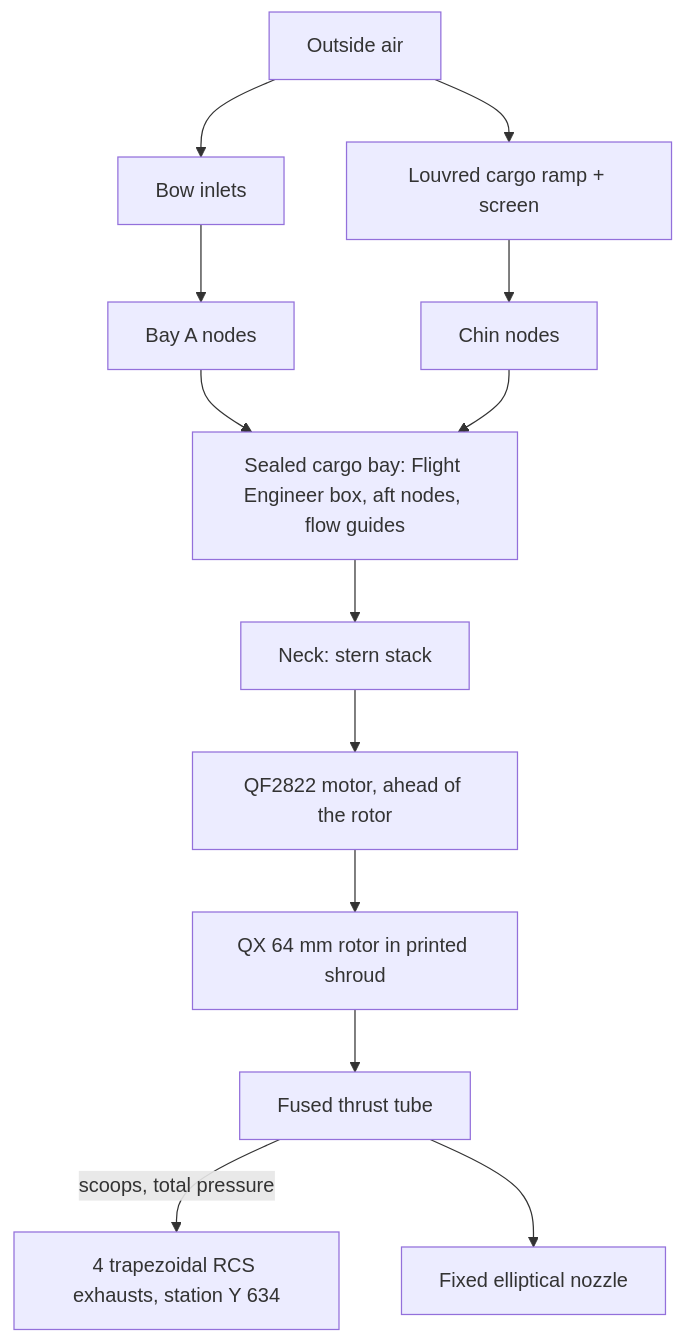
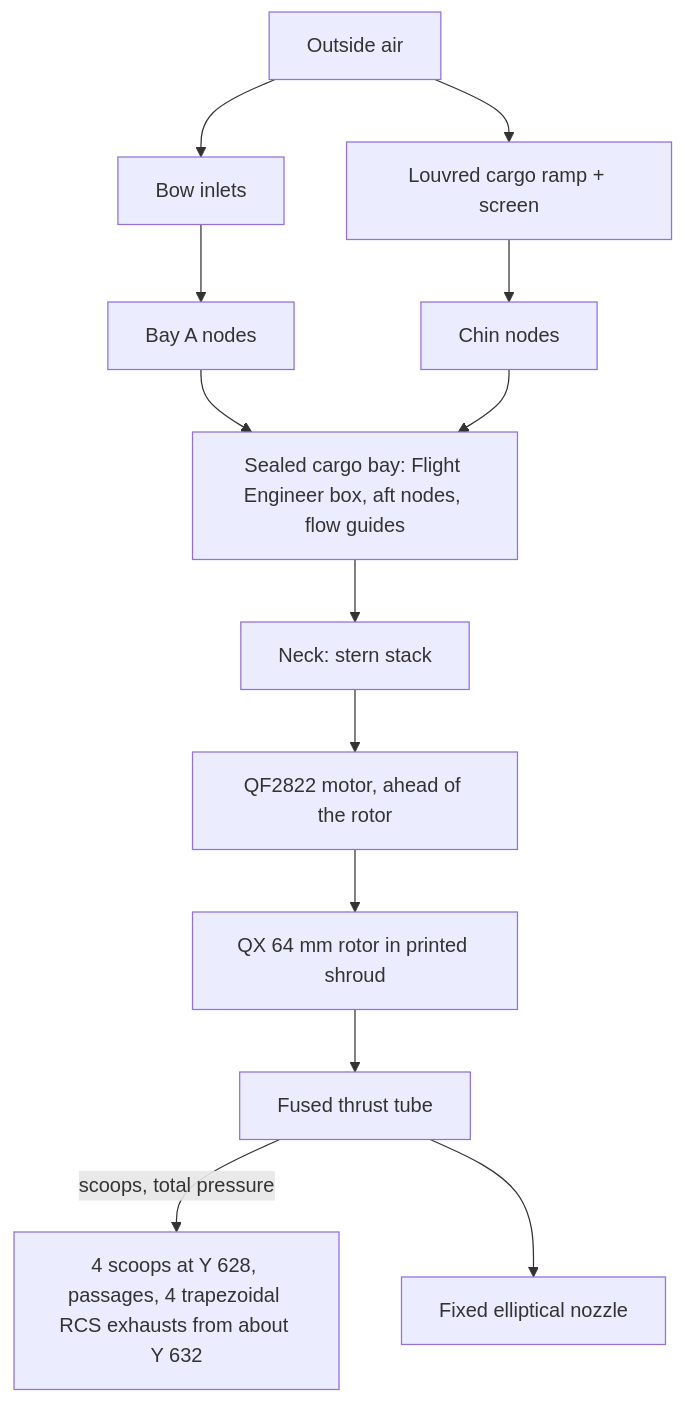
The first of 3 diagrams in docs/plans/2026-11-15-002-feat-ramp-intake-edf-cooling-plan.md (Stab-Rabbit-coding/Serenity-UAV), drawn with Mermaid before and after one commit. The commit also changed other lines of this file and 23 other files, not shown here.

````diff
--- a/docs/plans/2026-11-15-002-feat-ramp-intake-edf-cooling-plan.md
+++ b/docs/plans/2026-11-15-002-feat-ramp-intake-edf-cooling-plan.md
@@ -289,15 +304,15 @@
 ```mermaid
 flowchart TB
   OUT[Outside air] --> RAMP[Louvred cargo ramp + screen]
   OUT --> BOW[Bow inlets]
   BOW --> BAYA[Bay A nodes]
   RAMP --> CHIN[Chin nodes]
   BAYA --> CARGO[Sealed cargo bay: Flight Engineer box, aft nodes, flow guides]
   CHIN --> CARGO
   CARGO --> NECK[Neck: stern stack]
   NECK --> MOTOR[QF2822 motor, ahead of the rotor]
   MOTOR --> ROTOR[QX 64 mm rotor in printed shroud]
   ROTOR --> TUBE[Fused thrust tube]
-  TUBE -->|scoops, total pressure| RCS[4 trapezoidal RCS exhausts, station Y 634]
+  TUBE -->|scoops, total pressure| RCS[4 scoops at Y 628, passages, 4 trapezoidal RCS exhausts from about Y 632]
   TUBE --> NOZ[Fixed elliptical nozzle]
 ```
````
